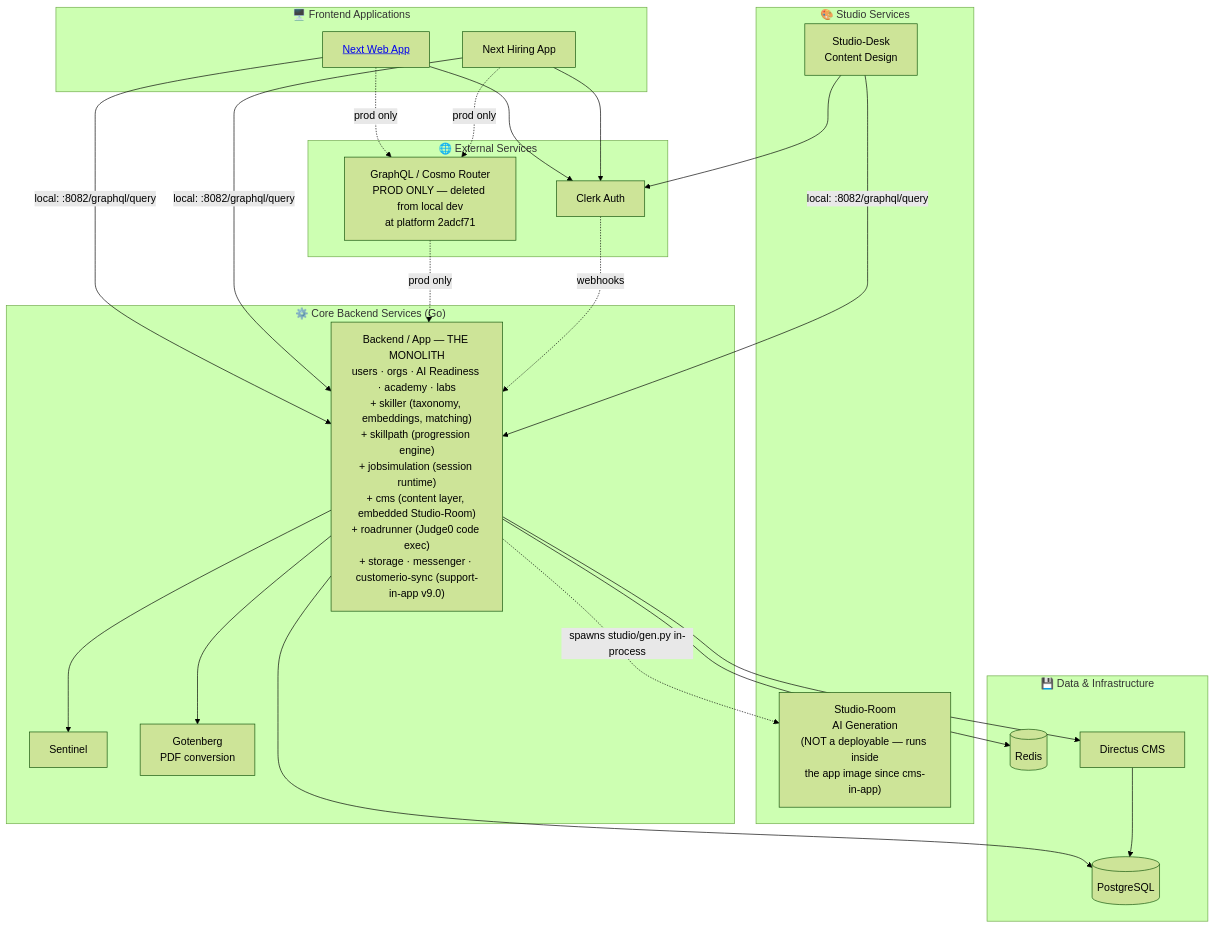
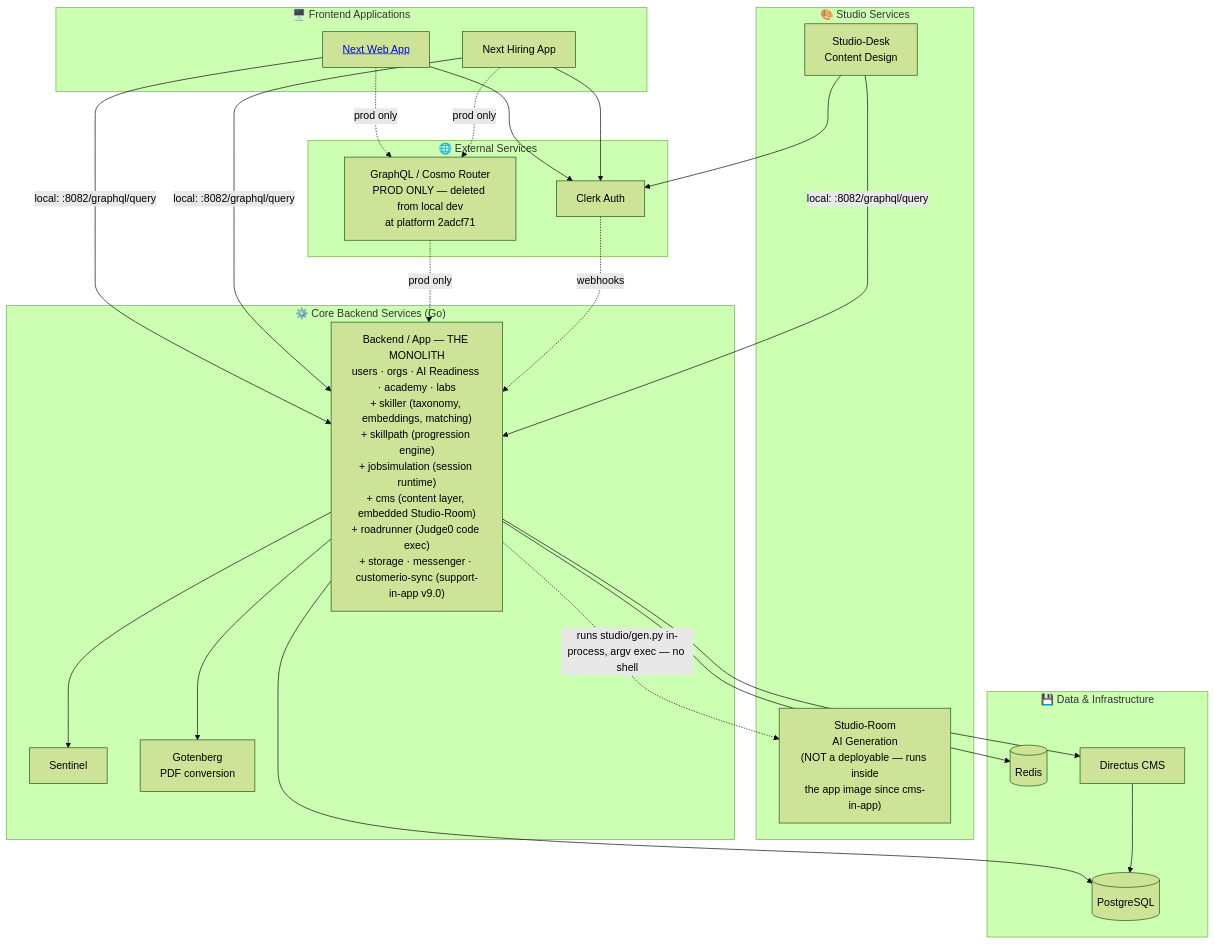
One commit to anthropos-work/rosetta changed the diagram in corpus/architecture/architecture_overview.md. Above: the diagram before and after it, drawn with Mermaid (forest theme). The commit also changed other lines of this file and 5 other files, not shown here.

````diff
--- a/corpus/architecture/architecture_overview.md
+++ b/corpus/architecture/architecture_overview.md
@@ -85,63 +85,63 @@
 ```mermaid
 graph TD
     subgraph External["🌐 External Services"]
         Clerk[Clerk Auth]
         GraphQL["GraphQL / Cosmo Router<br/>PROD ONLY — deleted from local dev<br/>at platform 2adcf71"]
     end
     
     subgraph Frontend["🖥️ Frontend Applications"]
         Web[<a href='./frontend_architecture.md'>Next Web App</a>]
         Hiring[Next Hiring App]
     end
     
     subgraph Studio["🎨 Studio Services"]
         Desk[Studio-Desk<br/>Content Design]
         Room["Studio-Room<br/>AI Generation<br/>(NOT a deployable — runs inside<br/>the app image since cms-in-app)"]
     end
 
     subgraph Core["⚙️ Core Backend Services (Go)"]
         Gateway["Backend / App — THE MONOLITH<br/>users · orgs · AI Readiness · academy · labs<br/>+ skiller (taxonomy, embeddings, matching)<br/>+ skillpath (progression engine)<br/>+ jobsimulation (session runtime)<br/>+ cms (content layer, embedded Studio-Room)<br/>+ roadrunner (Judge0 code exec)<br/>+ storage · messenger · customerio-sync (support-in-app v9.0)"]
         Sentinel[Sentinel]
         Gotenberg[Gotenberg<br/>PDF conversion]
         %% Storage and Messenger had nodes here until 838d907 (merged 0c91421, 2026-08-05)
         %% deleted the storage, messenger and customerio-sync compose services and their
         %% storage-legacy / messenger / customerio-sync profiles. They are domains in Gateway now.
     end
 
     subgraph Data["💾 Data & Infrastructure"]
         Postgres[(PostgreSQL)]
         Redis[(Redis)]
         Directus[Directus CMS]
     end
     
     %% Frontend connections
     Web --> Clerk
     Hiring --> Clerk
     Web -.->|prod only| GraphQL
     Hiring -.->|prod only| GraphQL
     Web -->|local: :8082/graphql/query| Gateway
     Hiring -->|local: :8082/graphql/query| Gateway
     
     %% Studio connections
     Desk --> Clerk
     Desk -->|local: :8082/graphql/query| Gateway
-    Gateway -.->|spawns studio/gen.py in-process| Room
+    Gateway -.->|runs studio/gen.py in-process, argv exec — no shell| Room
     
     %% Router aggregation — PROD ONLY. ONE subgraph: backend. 915da06 deleted the cms AND jobsimulation
     %% entries in one commit (a 3 → 1 step) — the jobsimulation subgraph outlived jobsim-in-app.
     %% Locally there is no router at all: the frontends and studio-desk hit Gateway directly (edges above).
     GraphQL -.->|prod only| Gateway
 
     %% Core service dependencies
     Gateway --> Sentinel
     Gateway --> Gotenberg
     Gateway --> Directus
 
     %% Data connections
     Gateway --> Postgres
     Gateway --> Redis
     Directus --> Postgres
     
     %% Clerk integration
     Clerk -.->|webhooks| Gateway
 ```
````
